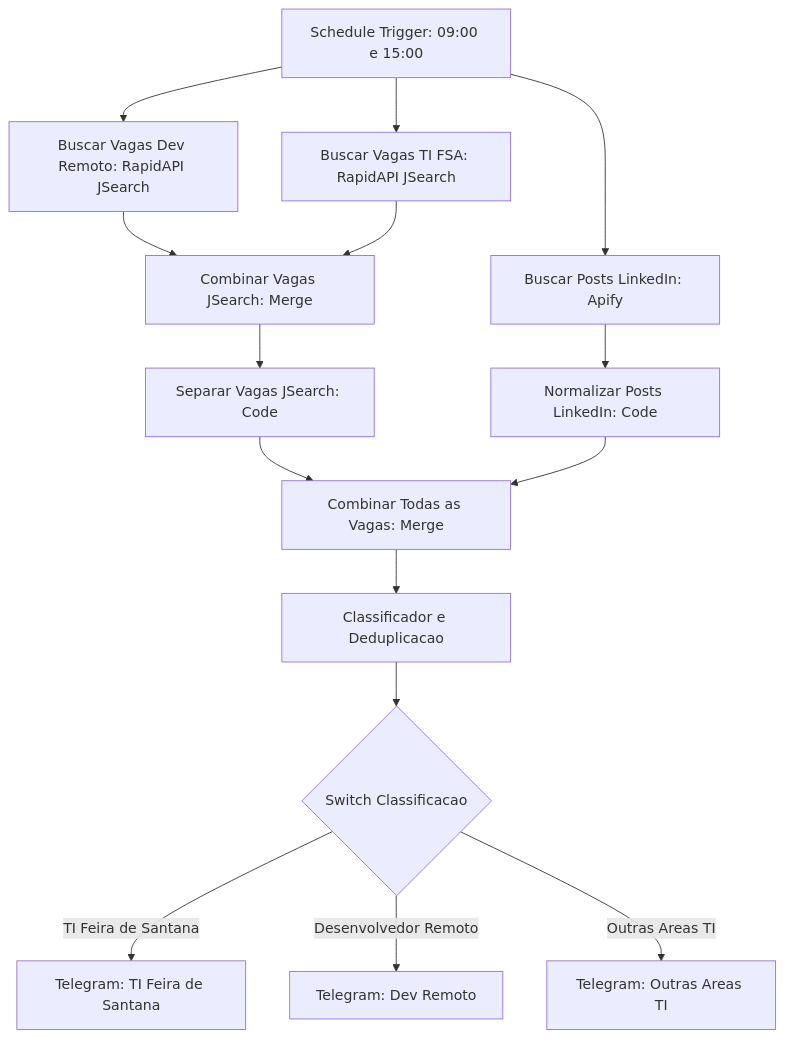
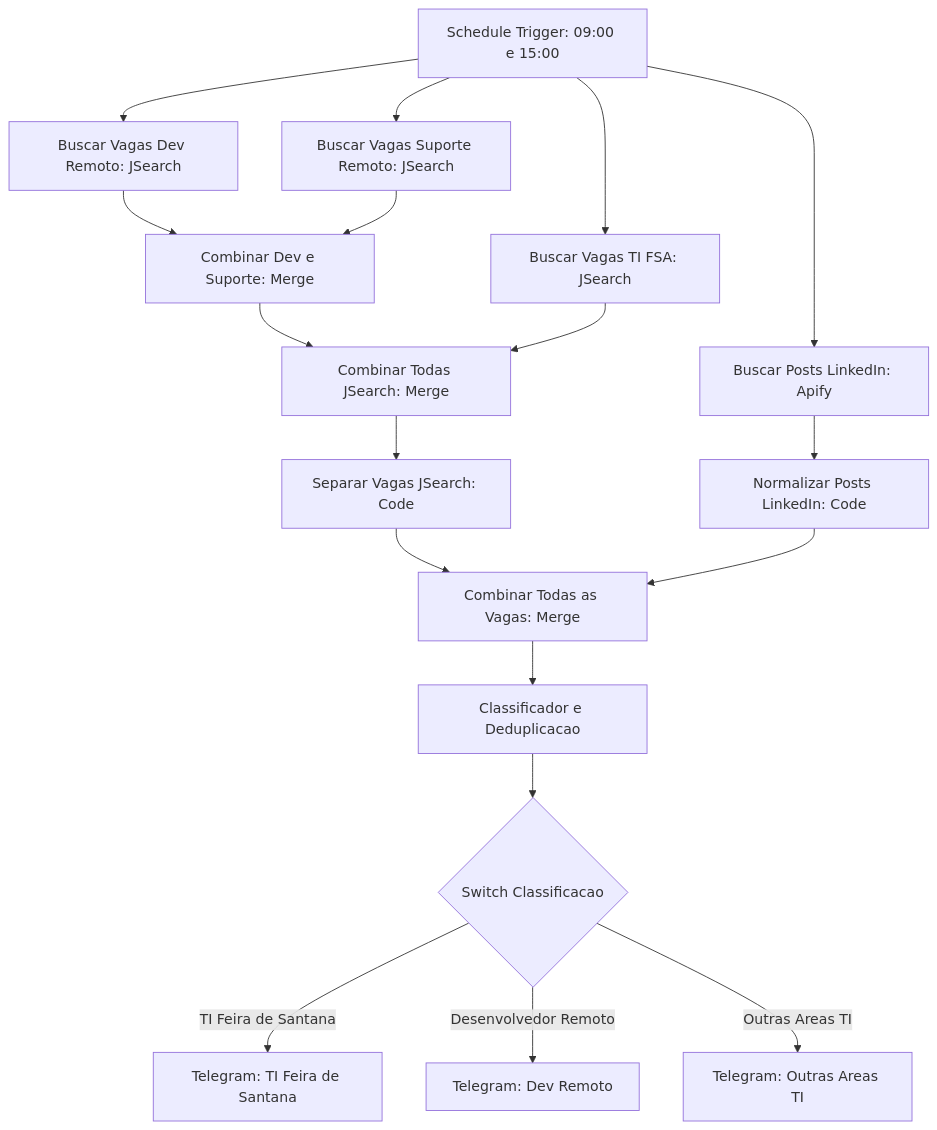
One commit to Jntgirardi/monitor-de-vagas-n8n changed the diagram in README.md. Above: the diagram before and after it, drawn with Mermaid. The commit also changed 1 other file, not shown here.

Commit message:
feat: expande buscas para suporte remoto e ampliacao de termos ti

````diff
--- a/README.md
+++ b/README.md
@@ -7,22 +7,25 @@
 ```mermaid
 flowchart TD
-    Schedule["Schedule Trigger: 09:00 e 15:00"] --> FetchDev["Buscar Vagas Dev Remoto: RapidAPI JSearch"]
-    Schedule --> FetchTIFSA["Buscar Vagas TI FSA: RapidAPI JSearch"]
+    Schedule["Schedule Trigger: 09:00 e 15:00"] --> FetchDev["Buscar Vagas Dev Remoto: JSearch"]
+    Schedule --> FetchSup["Buscar Vagas Suporte Remoto: JSearch"]
+    Schedule --> FetchTIFSA["Buscar Vagas TI FSA: JSearch"]
     Schedule --> FetchLI["Buscar Posts LinkedIn: Apify"]
     
-    FetchDev --> MergeJS["Combinar Vagas JSearch: Merge"]
+    FetchDev --> MergeDS["Combinar Dev e Suporte: Merge"]
+    FetchSup --> MergeDS
+    MergeDS --> MergeJS["Combinar Todas JSearch: Merge"]
     FetchTIFSA --> MergeJS
     
     MergeJS --> SplitJS["Separar Vagas JSearch: Code"]
     FetchLI --> NormLI["Normalizar Posts LinkedIn: Code"]
     
     SplitJS --> MergeAll["Combinar Todas as Vagas: Merge"]
     NormLI --> MergeAll
     
     MergeAll --> Classifier["Classificador e Deduplicacao"]
     Classifier --> Switch{"Switch Classificacao"}
     
     Switch -->|TI Feira de Santana| TG1["Telegram: TI Feira de Santana"]
     Switch -->|Desenvolvedor Remoto| TG2["Telegram: Dev Remoto"]
     Switch -->|Outras Areas TI| TG3["Telegram: Outras Areas TI"]
 ```
````
